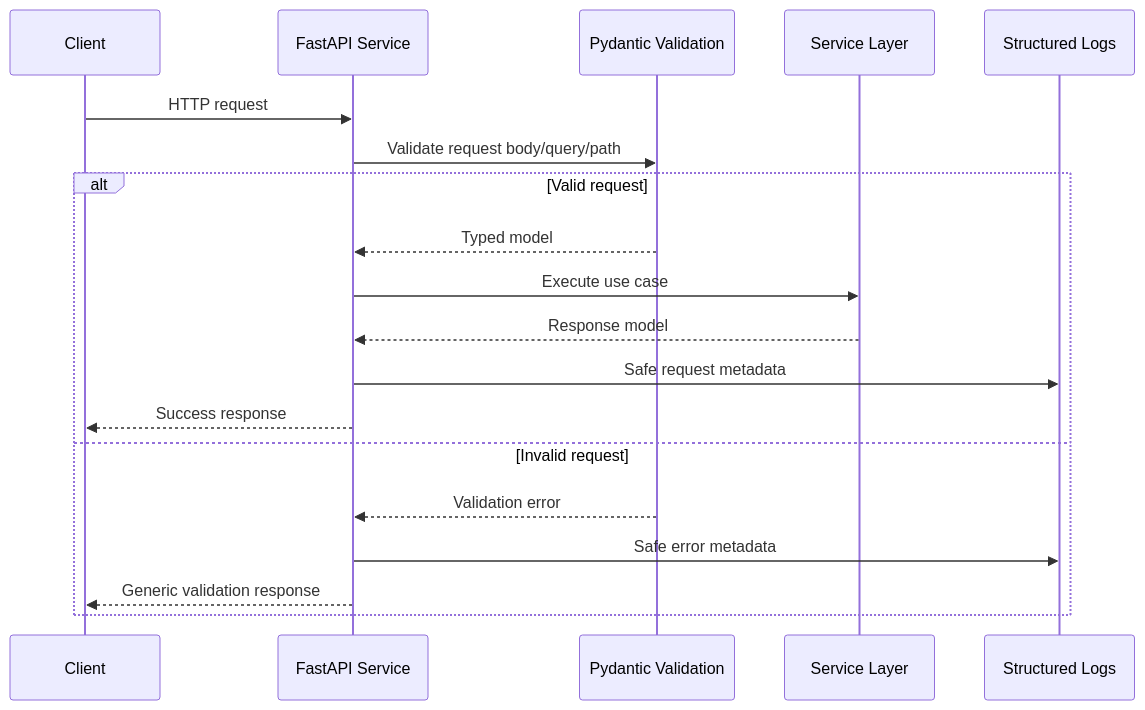
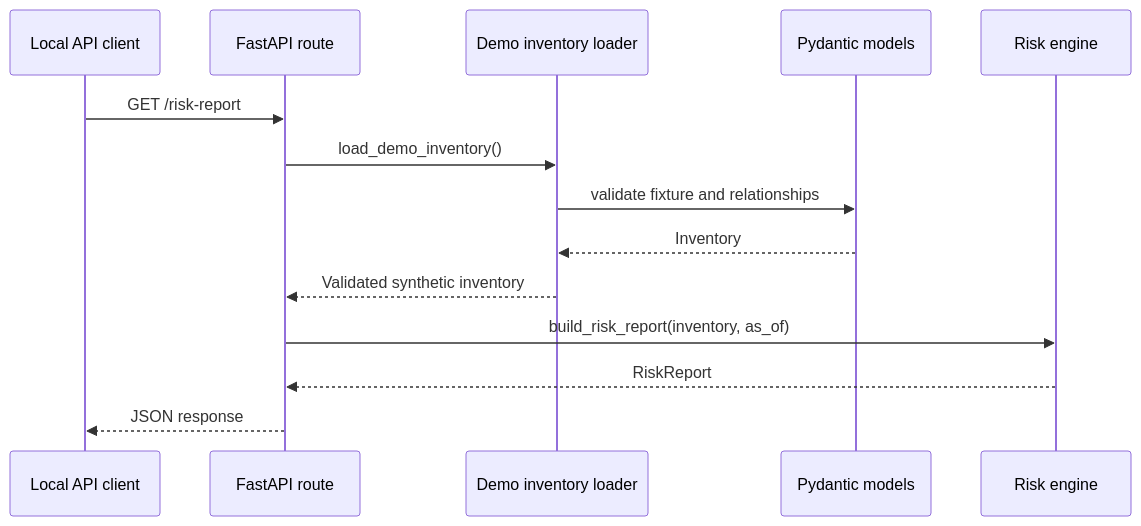
The diagram in docs/diagrams/request-flow.mmd (Rblea97/endpoint-identity-control-plane), drawn with Mermaid before and after one commit. The commit also changed 15 other files, not shown here.

```diff
--- a/docs/diagrams/request-flow.mmd
+++ b/docs/diagrams/request-flow.mmd
@@ -1,20 +1,15 @@
 sequenceDiagram
-    participant Client
-    participant API as FastAPI Service
-    participant Validator as Pydantic Validation
-    participant Service as Service Layer
-    participant Logs as Structured Logs
+    participant Client as Local API client
+    participant API as FastAPI route
+    participant Loader as Demo inventory loader
+    participant Models as Pydantic models
+    participant Risk as Risk engine
 
-    Client->>API: HTTP request
-    API->>Validator: Validate request body/query/path
-    alt Valid request
-        Validator-->>API: Typed model
-        API->>Service: Execute use case
-        Service-->>API: Response model
-        API->>Logs: Safe request metadata
-        API-->>Client: Success response
-    else Invalid request
-        Validator-->>API: Validation error
-        API->>Logs: Safe error metadata
-        API-->>Client: Generic validation response
-    end
+    Client->>API: GET /risk-report
+    API->>Loader: load_demo_inventory()
+    Loader->>Models: validate fixture and relationships
+    Models-->>Loader: Inventory
+    Loader-->>API: Validated synthetic inventory
+    API->>Risk: build_risk_report(inventory, as_of)
+    Risk-->>API: RiskReport
+    API-->>Client: JSON response
```
